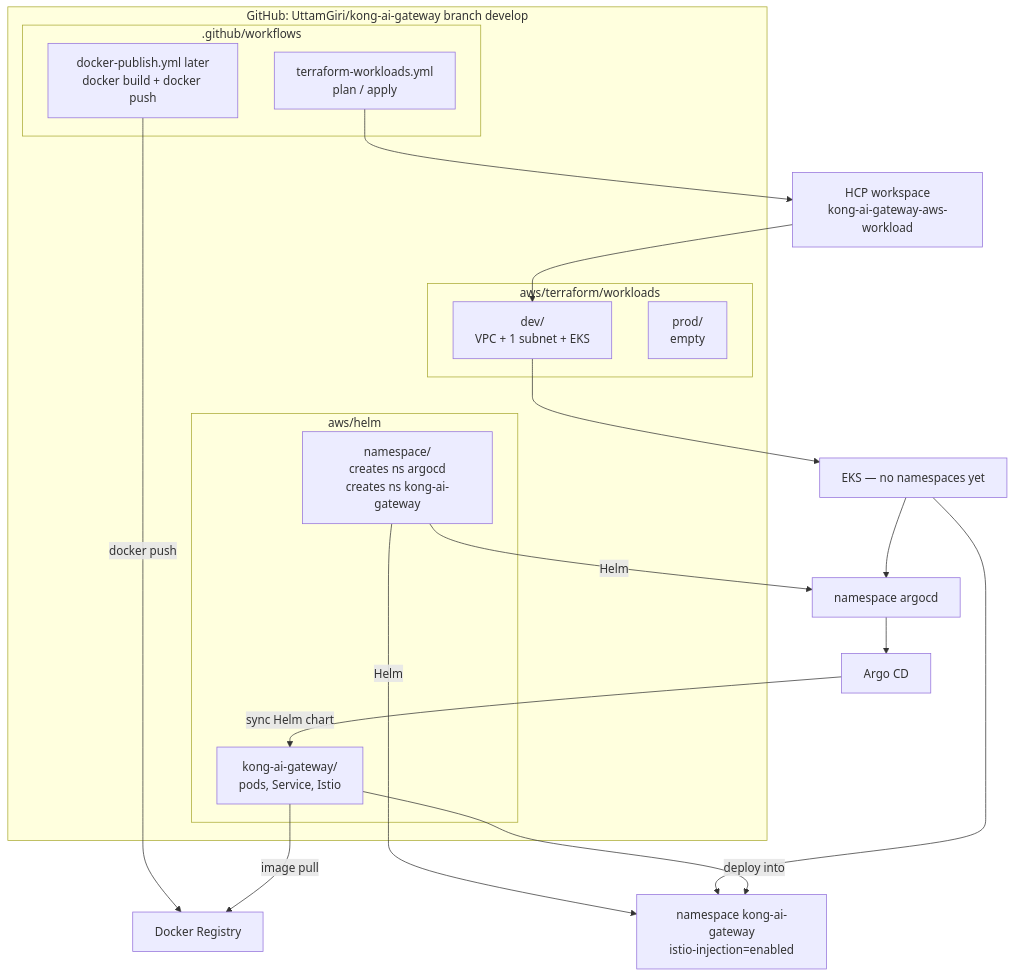
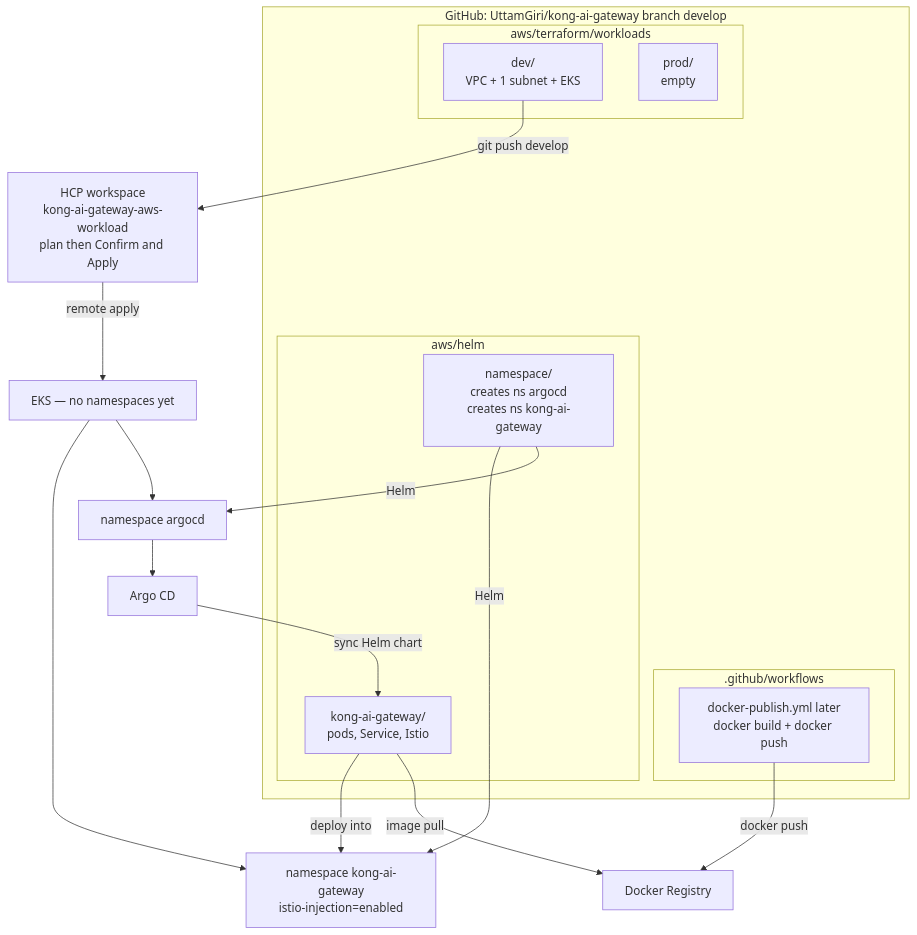
One commit to UttamGiri/kong-ai-gateway changed the first of 8 diagrams in aws/terraform/workloads/ARCHITECTURE.md. Above: the diagram before and after it, drawn with Mermaid. The commit also changed other lines of this file and 8 other files, not shown here.

First line of the commit message:
Switch the workloads workspace to VCS so plans show in HCP Terraform.

````diff
--- a/aws/terraform/workloads/ARCHITECTURE.md
+++ b/aws/terraform/workloads/ARCHITECTURE.md
@@ -46,32 +45,30 @@
 ```mermaid
 flowchart TB
     subgraph repo ["GitHub: UttamGiri/kong-ai-gateway  branch develop"]
         subgraph gha [".github/workflows"]
-            TF["terraform-workloads.yml<br/>plan / apply"]
             DOCKER["docker-publish.yml later<br/>docker build + docker push"]
         end
 
         subgraph tf ["aws/terraform/workloads"]
             DEV["dev/<br/>VPC + 1 subnet + EKS"]
             PROD["prod/<br/>empty"]
         end
 
         subgraph helm ["aws/helm"]
             NSCHART["namespace/<br/>creates ns argocd<br/>creates ns kong-ai-gateway"]
             KONGCHART["kong-ai-gateway/<br/>pods, Service, Istio"]
         end
     end
 
-    TF --> HCP["HCP workspace<br/>kong-ai-gateway-aws-workload"]
-    HCP --> DEV
-    DEV --> EKS["EKS — no namespaces yet"]
+    DEV -->|"git push develop"| HCP["HCP workspace<br/>kong-ai-gateway-aws-workload<br/>plan then Confirm and Apply"]
+    HCP -->|"remote apply"| EKS["EKS — no namespaces yet"]
     NSCHART -->|"Helm"| NS1["namespace argocd"]
     NSCHART -->|"Helm"| NS2["namespace kong-ai-gateway<br/>istio-injection=enabled"]
     EKS --> NS1
     EKS --> NS2
     DOCKER -->|"docker push"| REG["Docker Registry"]
     KONGCHART -->|"image pull"| REG
     KONGCHART -->|"deploy into"| NS2
     NS1 --> ARGO["Argo CD"]
     ARGO -->|"sync Helm chart"| KONGCHART
 ```
````
